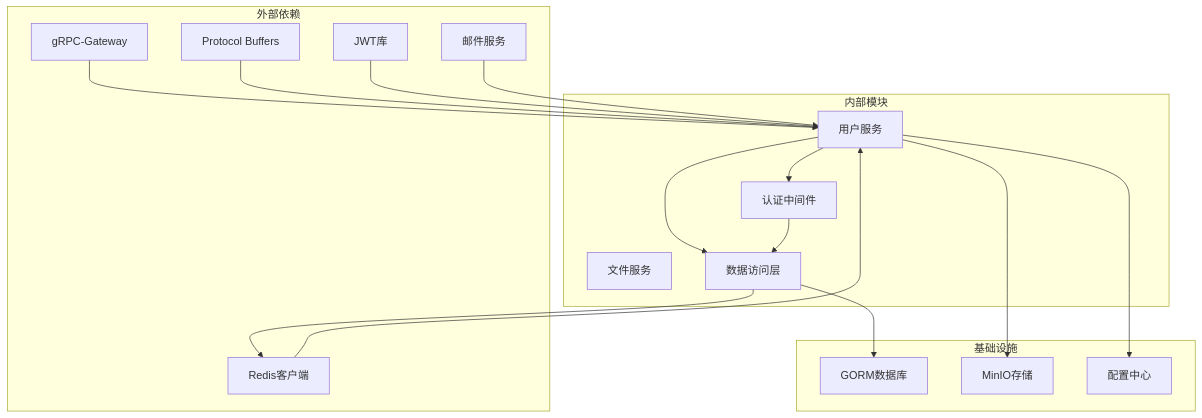
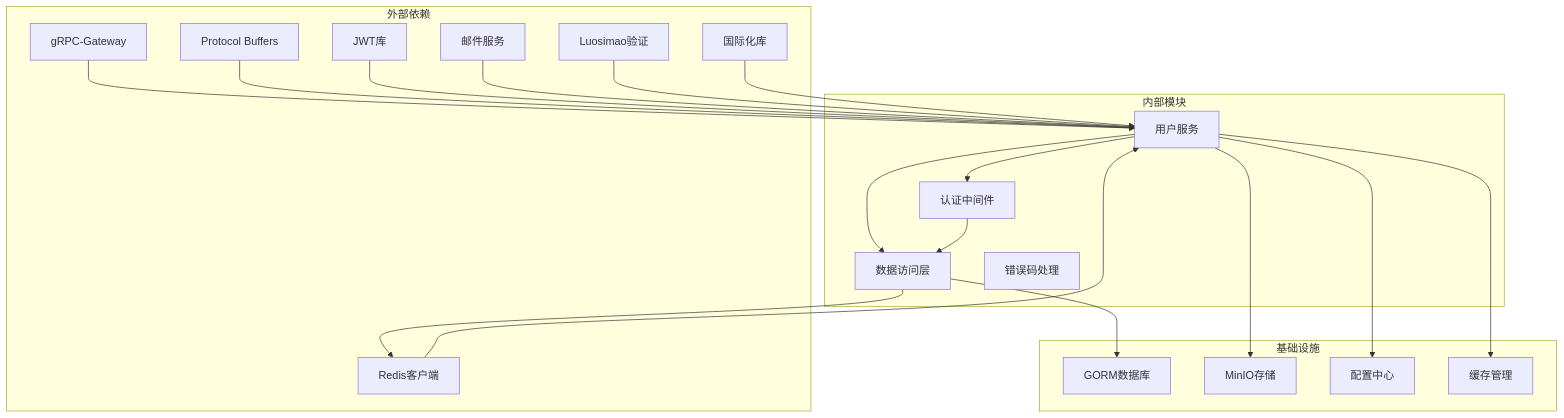
Diagram 12 of 12 in .qoder/repowiki/zh/content/API参考/用户服务API/用户信息管理API.md (liov/hoper), drawn with Mermaid before and after one commit. The commit also changed other lines of this file and 49 other files, not shown here.

````diff
--- a/.qoder/repowiki/zh/content/API参考/用户服务API/用户信息管理API.md
+++ b/.qoder/repowiki/zh/content/API参考/用户服务API/用户信息管理API.md
@@ -356,33 +504,39 @@
 ```mermaid
 graph TB
 subgraph "外部依赖"
 A[gRPC-Gateway]
 B[Protocol Buffers]
 C[JWT库]
 D[Redis客户端]
 E[邮件服务]
+F[Luosimao验证]
+G[国际化库]
 end
 subgraph "内部模块"
-F[用户服务]
-G[文件服务]
-H[认证中间件]
-I[数据访问层]
+H[用户服务]
+I[认证中间件]
+J[数据访问层]
+K[错误码处理]
 end
 subgraph "基础设施"
-J[GORM数据库]
-K[MinIO存储]
-L[配置中心]
+L[GORM数据库]
+M[MinIO存储]
+N[配置中心]
+O[缓存管理]
 end
-A --> F
-B --> F
-C --> F
-D --> F
-E --> F
+A --> H
+B --> H
+C --> H
+D --> H
+E --> H
 F --> H
-F --> I
+G --> H
 H --> I
+H --> J
 I --> J
-I --> D
-F --> K
-F --> L
+J --> L
+J --> D
+H --> M
+H --> N
+H --> O
 ```
````
